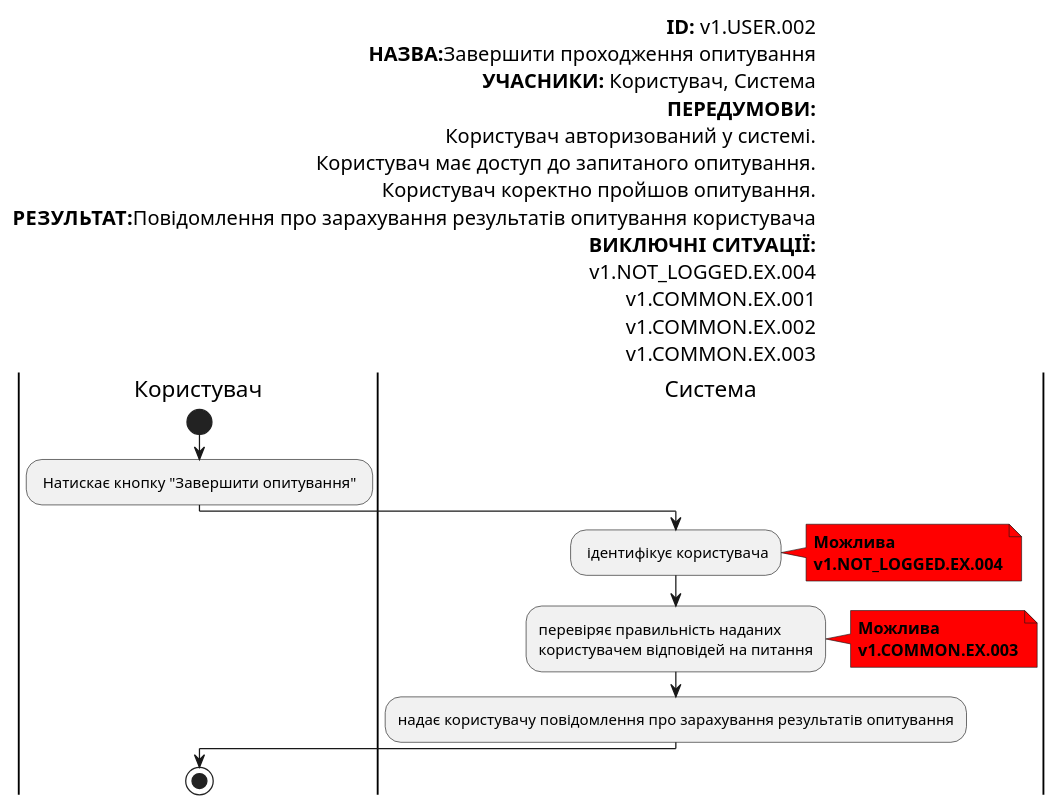
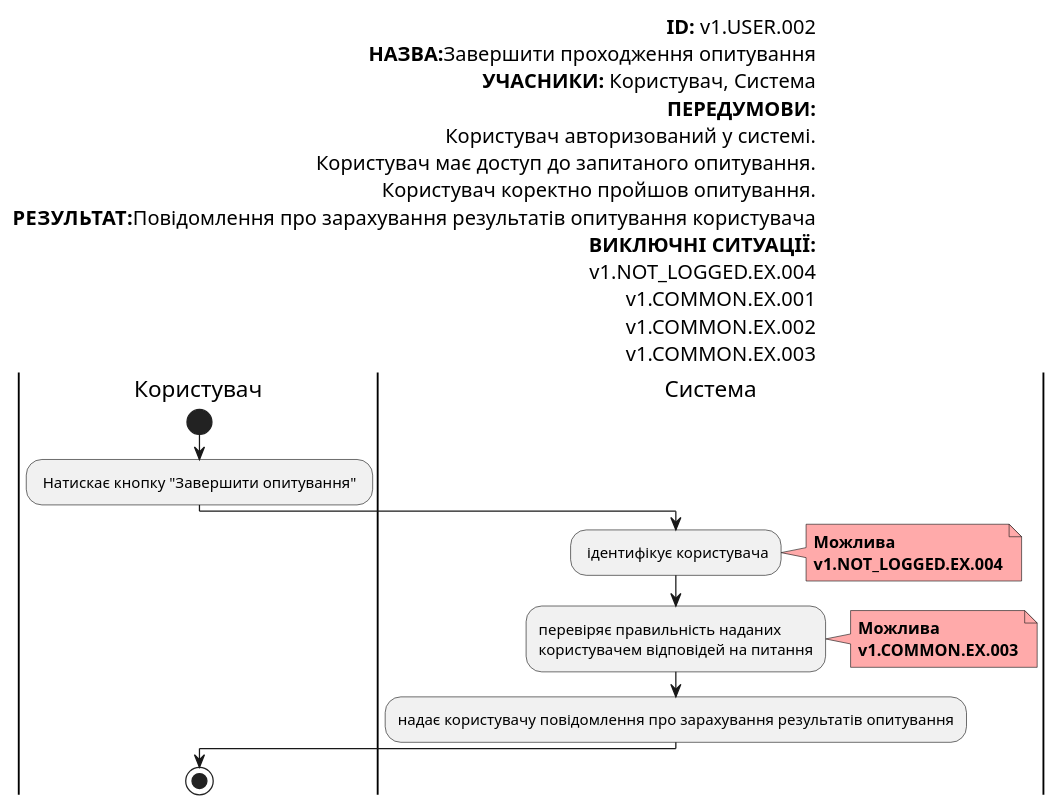
Before and after one commit to gurug-prog/survey-expert: the eighth of 22 diagrams in docs/use-cases/README.md, drawn with PlantUML. The commit also changed other lines of this file and 1 other file, not shown here.

```diff
--- a/docs/use-cases/README.md
+++ b/docs/use-cases/README.md
@@ -257,44 +261,44 @@
   @startuml
 
         left header
              <font color=000 size=16><b>ID:</b> v1.USER.002
              <font color=000 size=16><b>НАЗВА:</b>Завершити проходження опитування
              <font color=000 size=16><b>УЧАСНИКИ:</b> Користувач, Система
              <font color=000 size=16><b>ПЕРЕДУМОВИ:</b>
              <font color=000 size=16>Користувач авторизований у системі.
              <font color=000 size=16>Користувач має доступ до запитаного опитування.
              <font color=000 size=16>Користувач коректно пройшов опитування.
              <font color=000 size=16><b>РЕЗУЛЬТАТ:</b>Повідомлення про зарахування результатів опитування користувача
              <font color=000 size=16><b>ВИКЛЮЧНІ СИТУАЦІЇ:</b>
              <font color=000 size=16>v1.NOT_LOGGED.EX.004
              <font color=000 size=16>v1.COMMON.EX.001
              <font color=000 size=16>v1.COMMON.EX.002
              <font color=000 size=16>v1.COMMON.EX.003
          end header
 
          |Користувач|
              start
              : Натискає кнопку "Завершити опитування" ;
 
          |Система|
              : ідентифікує користувача;
 
-             note right #ff0000
+             note right #ffaaaa
              <b>Можлива</b>
              <b>v1.NOT_LOGGED.EX.004</b>
              end note
 
              :перевіряє правильність наданих
              користувачем відповідей на питання;
 
-             note right #ff0000
+             note right #ffaaaa
              <b>Можлива</b>
              <b>v1.COMMON.EX.003</b>
              end note
 
              :надає користувачу повідомлення про зарахування результатів опитування;
 
          |Користувач|
              stop;
 
   @enduml
```
